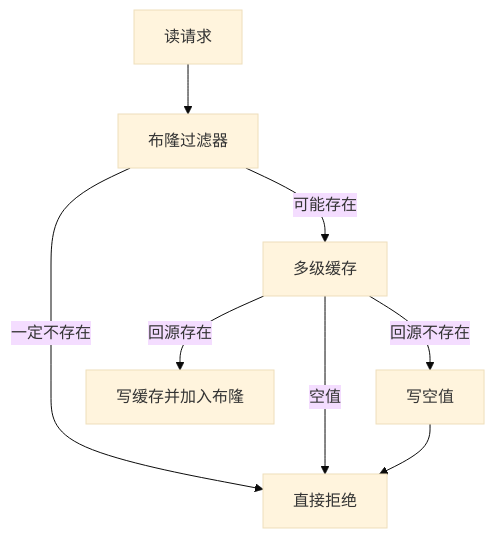
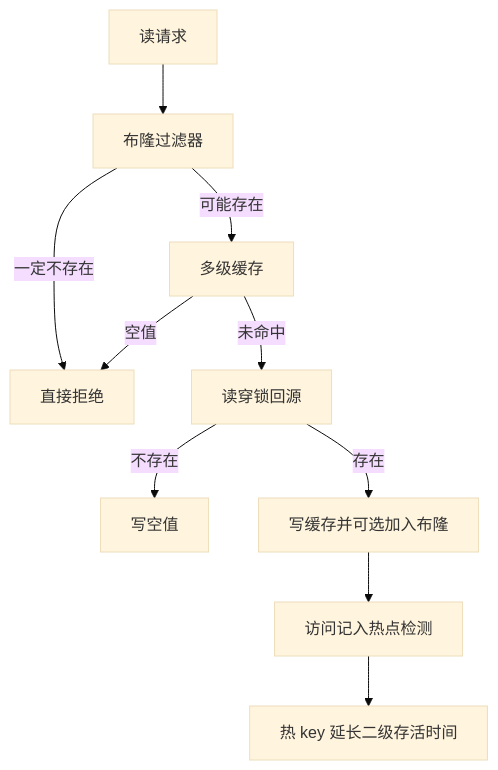
One commit to bitladykiller/zhiguang_go changed the first of 2 diagrams in docs/modules/09-热点缓存与多级缓存策略.md. Above: the diagram before and after it, drawn with Mermaid (base theme). The commit also changed other lines of this file and 13 other files, not shown here.

````diff
--- a/docs/modules/09-热点缓存与多级缓存策略.md
+++ b/docs/modules/09-热点缓存与多级缓存策略.md
@@ -205,10 +27,12 @@
 ```mermaid
 flowchart TD
     A[读请求] --> B[布隆过滤器]
     B -->|一定不存在| C[直接拒绝]
     B -->|可能存在| D[多级缓存]
     D -->|空值| C
-    D -->|回源不存在| E[写空值]
-    E --> C
-    D -->|回源存在| F[写缓存并加入布隆]
+    D -->|未命中| E[读穿锁回源]
+    E -->|不存在| F[写空值]
+    E -->|存在| G[写缓存并可选加入布隆]
+    G --> H[访问记入热点检测]
+    H --> I[热 key 延长二级存活时间]
 ```
````
